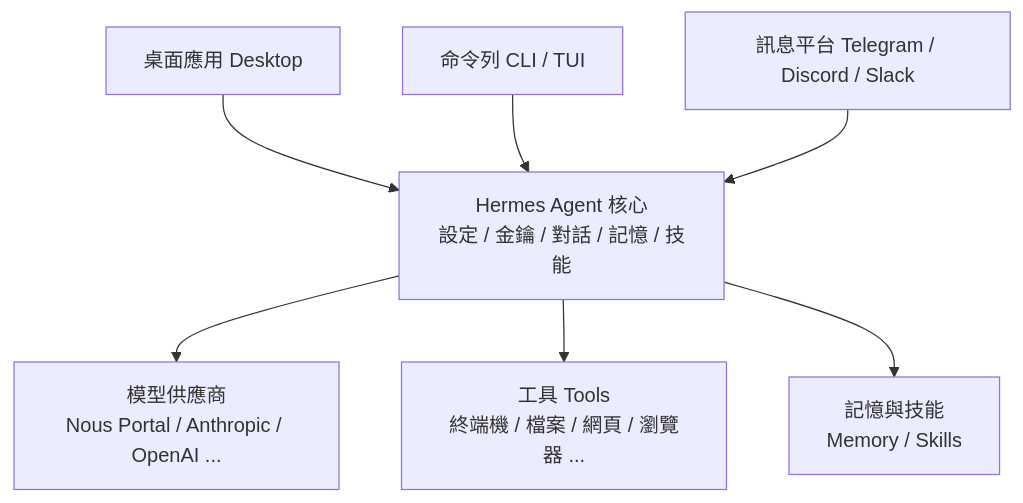
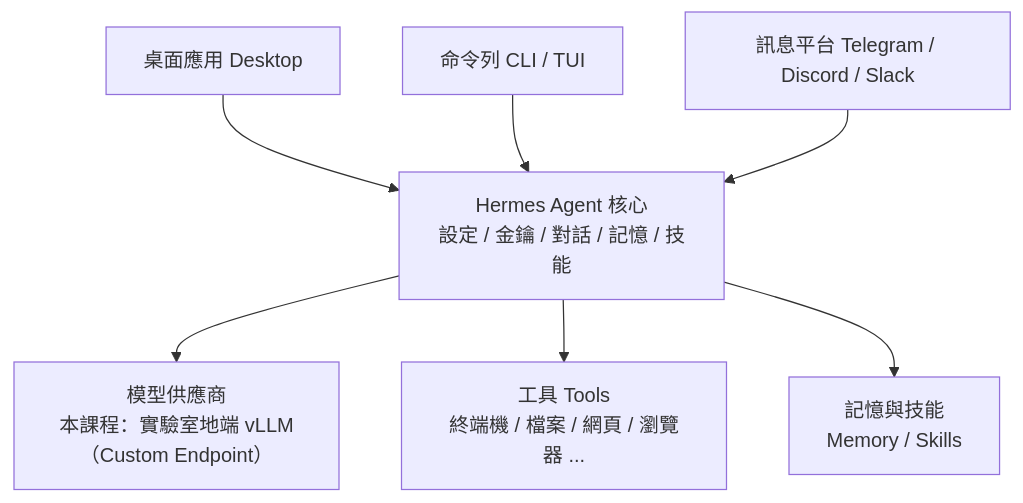
One commit to d9148408/ChemE-3590 changed the diagram in Part_0/Unit00_Hermes_Agent_Setup.md. Above: the diagram before and after it, drawn with Mermaid. The commit also changed other lines of this file and 146 other files, not shown here.

````diff
--- a/Part_0/Unit00_Hermes_Agent_Setup.md
+++ b/Part_0/Unit00_Hermes_Agent_Setup.md
@@ -53,10 +53,10 @@
 ```mermaid
 flowchart TD
     D["Hermes Agent 核心<br/>設定 / 金鑰 / 對話 / 記憶 / 技能"]
     A["桌面應用 Desktop"] --> D
     B["命令列 CLI / TUI"] --> D
     C["訊息平台 Telegram / Discord / Slack"] --> D
-    D --> E["模型供應商<br/>Nous Portal / Anthropic / OpenAI ..."]
+    D --> E["模型供應商<br/>本課程：實驗室地端 vLLM（Custom Endpoint）"]
     D --> F["工具 Tools<br/>終端機 / 檔案 / 網頁 / 瀏覽器 ..."]
     D --> G["記憶與技能<br/>Memory / Skills"]
 ```
````
